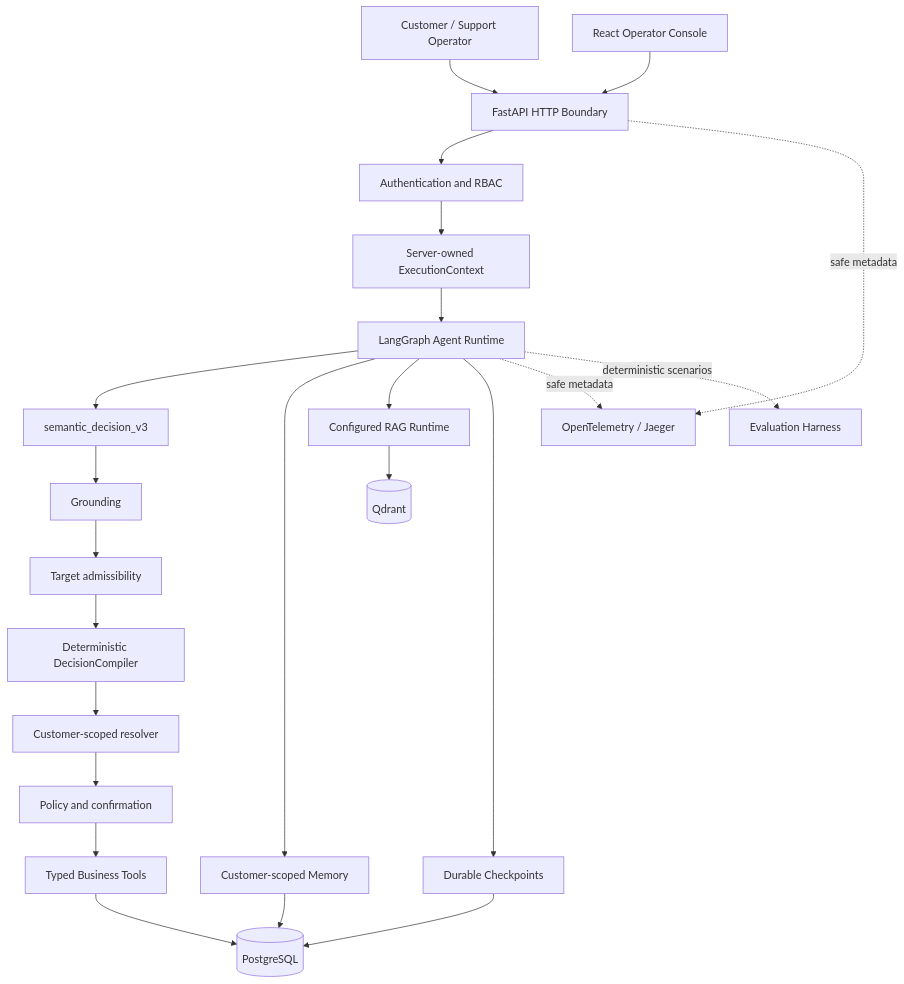
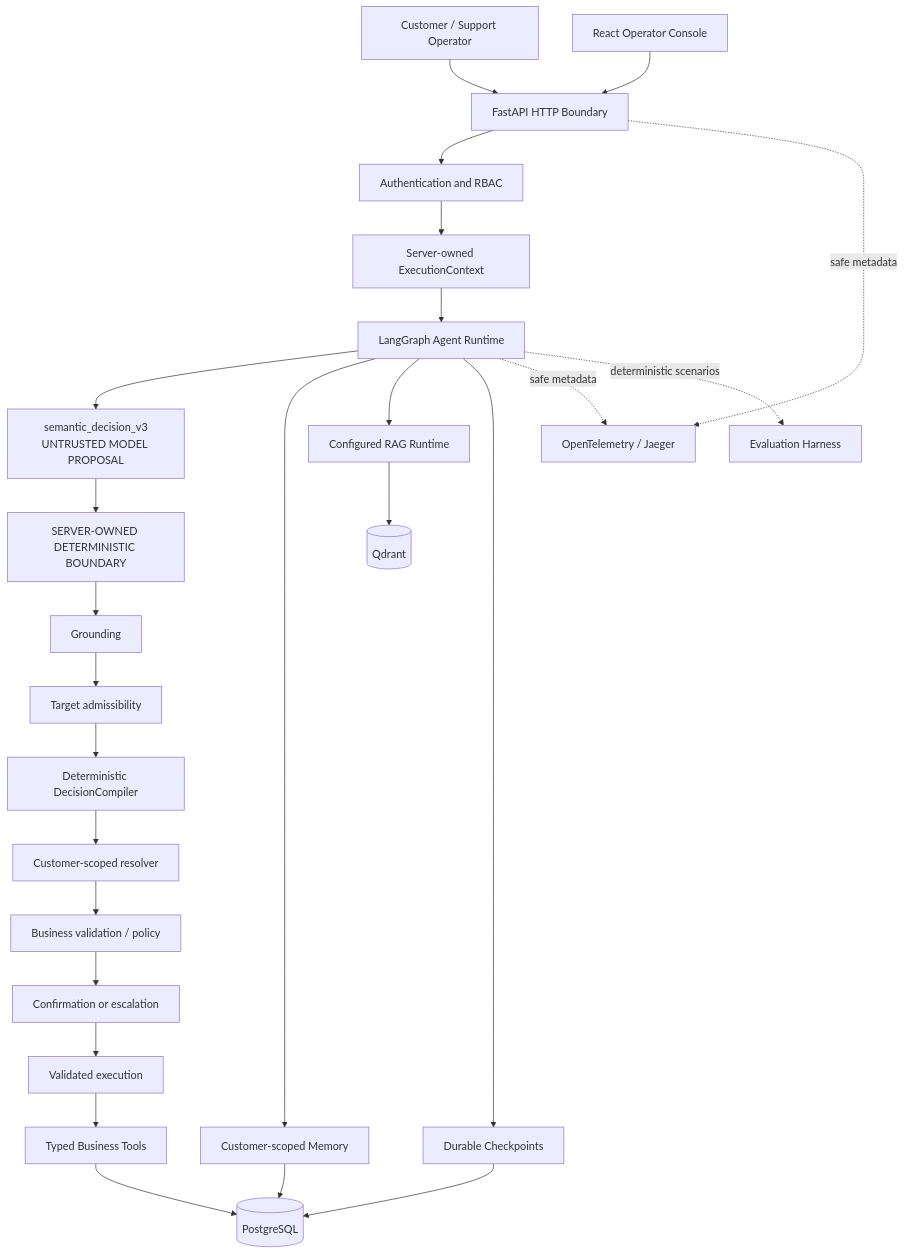
Before and after one commit to BopsAIle/agentic-customer-service-platform: the diagram in README.md, drawn with Mermaid. The commit also changed other lines of this file, not shown here.

````diff
--- a/README.md
+++ b/README.md
@@ -49,28 +93,31 @@
 ```mermaid
 flowchart TD
     CLIENT[Customer / Support Operator] --> API[FastAPI HTTP Boundary]
     API --> AUTH[Authentication and RBAC]
     AUTH --> CONTEXT[Server-owned ExecutionContext]
     CONTEXT --> GRAPH[LangGraph Agent Runtime]
 
-    GRAPH --> SEMANTIC[semantic_decision_v3]
-    SEMANTIC --> GROUND[Grounding]
+    GRAPH --> SEMANTIC[semantic_decision_v3<br/>UNTRUSTED MODEL PROPOSAL]
+    SEMANTIC --> BOUNDARY[SERVER-OWNED DETERMINISTIC BOUNDARY]
+    BOUNDARY --> GROUND[Grounding]
     GROUND --> ADMISSIBLE[Target admissibility]
     ADMISSIBLE --> COMPILER[Deterministic DecisionCompiler]
     COMPILER --> RESOLVER[Customer-scoped resolver]
-    RESOLVER --> POLICY[Policy and confirmation]
+    RESOLVER --> POLICY[Business validation / policy]
+    POLICY --> CONFIRM[Confirmation or escalation]
+    CONFIRM --> EXECUTE[Validated execution]
+    EXECUTE --> TOOLS[Typed Business Tools]
     GRAPH --> MEMORY[Customer-scoped Memory]
     GRAPH --> RAG[Configured RAG Runtime]
-    POLICY --> TOOLS[Typed Business Tools]
 
     MEMORY --> POSTGRES[(PostgreSQL)]
     TOOLS --> POSTGRES
     GRAPH --> CHECKPOINTS[Durable Checkpoints]
     CHECKPOINTS --> POSTGRES
     RAG --> QDRANT[(Qdrant)]
 
     API -. safe metadata .-> OBS[OpenTelemetry / Jaeger]
     GRAPH -. safe metadata .-> OBS
     GRAPH -. deterministic scenarios .-> EVAL[Evaluation Harness]
     CONSOLE[React Operator Console] --> API
 ```
````
